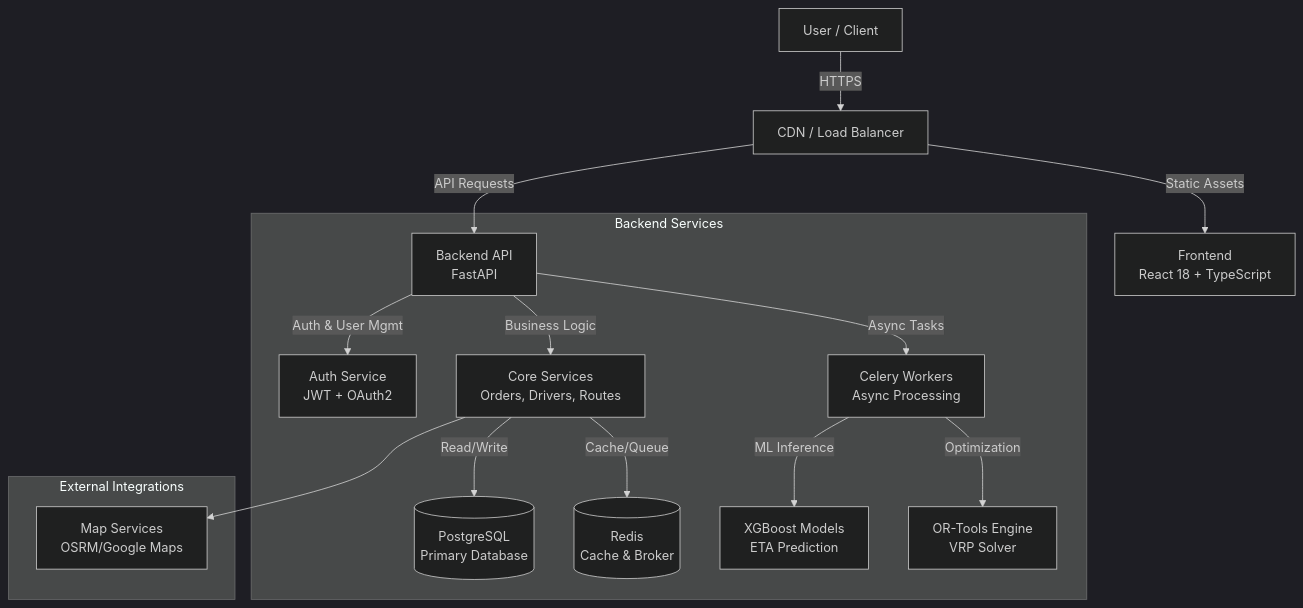
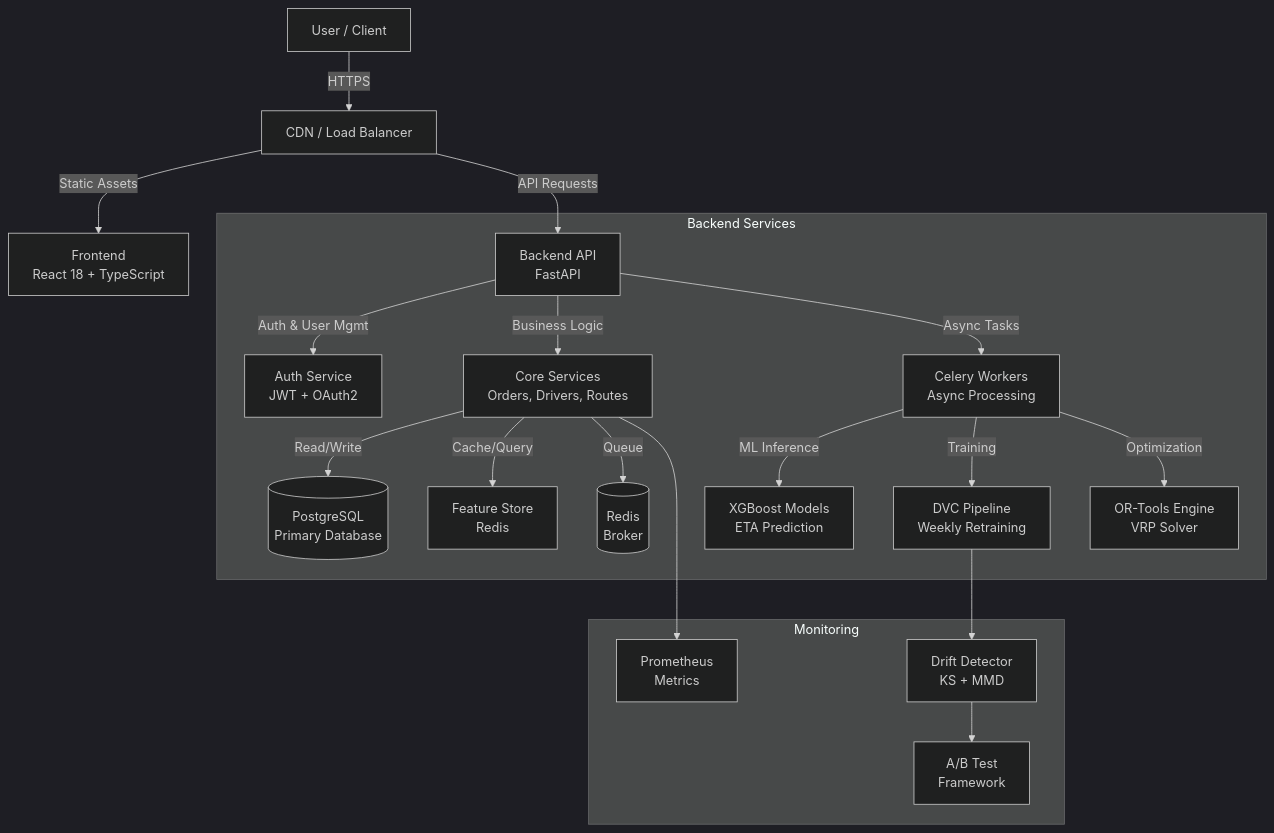
Before and after one commit to VIVEK-MARRI/IntelliLog-AI: the diagram in README.md, drawn with Mermaid (dark theme). The commit also changed other lines of this file and 5087 other files, not shown here.

````diff
--- a/README.md
+++ b/README.md
@@ -84,24 +93,30 @@
 ```mermaid
 graph TD
     User[User / Client] -->|HTTPS| CDN[CDN / Load Balancer]
     CDN -->|Static Assets| FE[Frontend<br/>React 18 + TypeScript]
     CDN -->|API Requests| API[Backend API<br/>FastAPI]
     
     subgraph "Backend Services"
         API -->|Auth & User Mgmt| Auth[Auth Service<br/>JWT + OAuth2]
         API -->|Business Logic| SVC[Core Services<br/>Orders, Drivers, Routes]
         API -->|Async Tasks| Worker[Celery Workers<br/>Async Processing]
         
         SVC -->|Read/Write| DB[(PostgreSQL<br/>Primary Database)]
-        SVC -->|Cache/Queue| Redis[(Redis<br/>Cache & Broker)]
+        SVC -->|Cache/Query| Store[Feature Store<br/>Redis]
+        SVC -->|Queue| Redis[(Redis<br/>Broker)]
         
         Worker -->|ML Inference| ML[XGBoost Models<br/>ETA Prediction]
+        Worker -->|Training| Train[DVC Pipeline<br/>Weekly Retraining]
         Worker -->|Optimization| OR[OR-Tools Engine<br/>VRP Solver]
     end
     
-    subgraph "External Integrations"
-        Maps[Map Services<br/>OSRM/Google Maps]
+    subgraph "Monitoring"
+        Metrics[Prometheus<br/>Metrics]
+        Drift[Drift Detector<br/>KS + MMD]
+        AB[A/B Test<br/>Framework]
     end
     
-    SVC --> Maps
+    SVC --> Metrics
+    Train --> Drift
+    Drift --> AB
 ```
````
